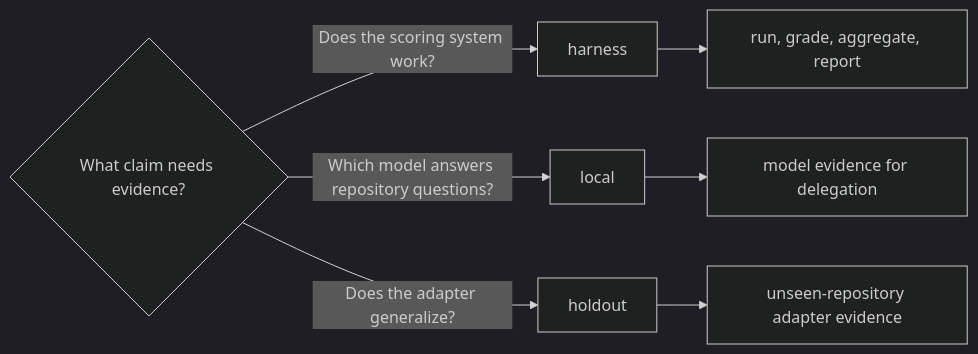
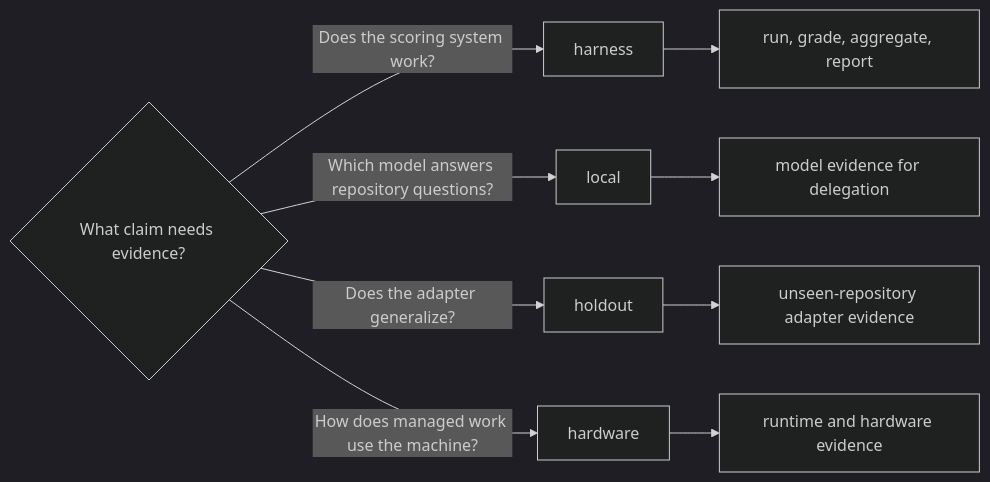
Before and after one commit to bgauryy/FreeLlama: the diagram in benchmark/README.md, drawn with Mermaid (dark theme). The commit also changed other lines of this file and 84 other files, not shown here.

First line of the commit message:
Update flows (#8)

````diff
--- a/benchmark/README.md
+++ b/benchmark/README.md
@@ -5,10 +7,12 @@
 ```mermaid
 flowchart LR
     Q{"What claim needs evidence?"}
     Q -->|"Does the scoring system work?"| H["harness"]
     Q -->|"Which model answers repository questions?"| L["local"]
     Q -->|"Does the adapter generalize?"| O["holdout"]
+    Q -->|"How does managed work use the machine?"| P["hardware"]
     H --> A["run, grade, aggregate, report"]
     L --> E["model evidence for delegation"]
     O --> G["unseen-repository adapter evidence"]
+    P --> R["runtime and hardware evidence"]
 ```
````
